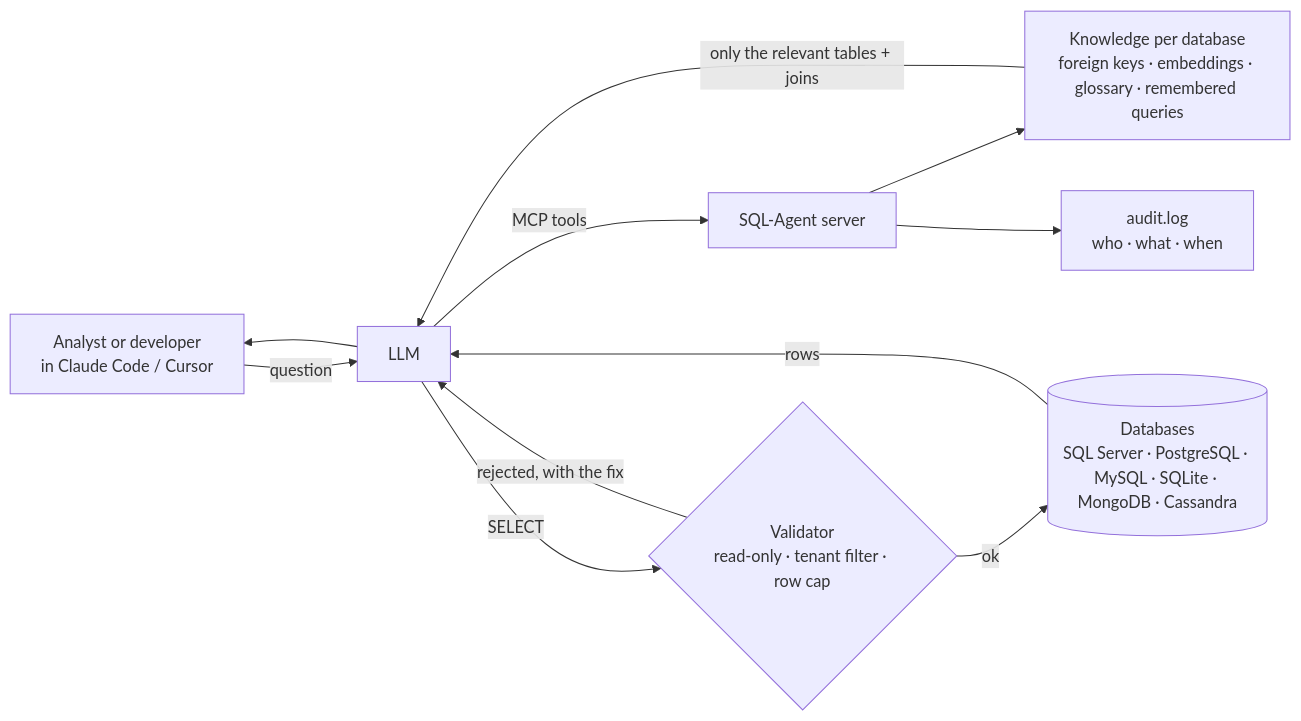
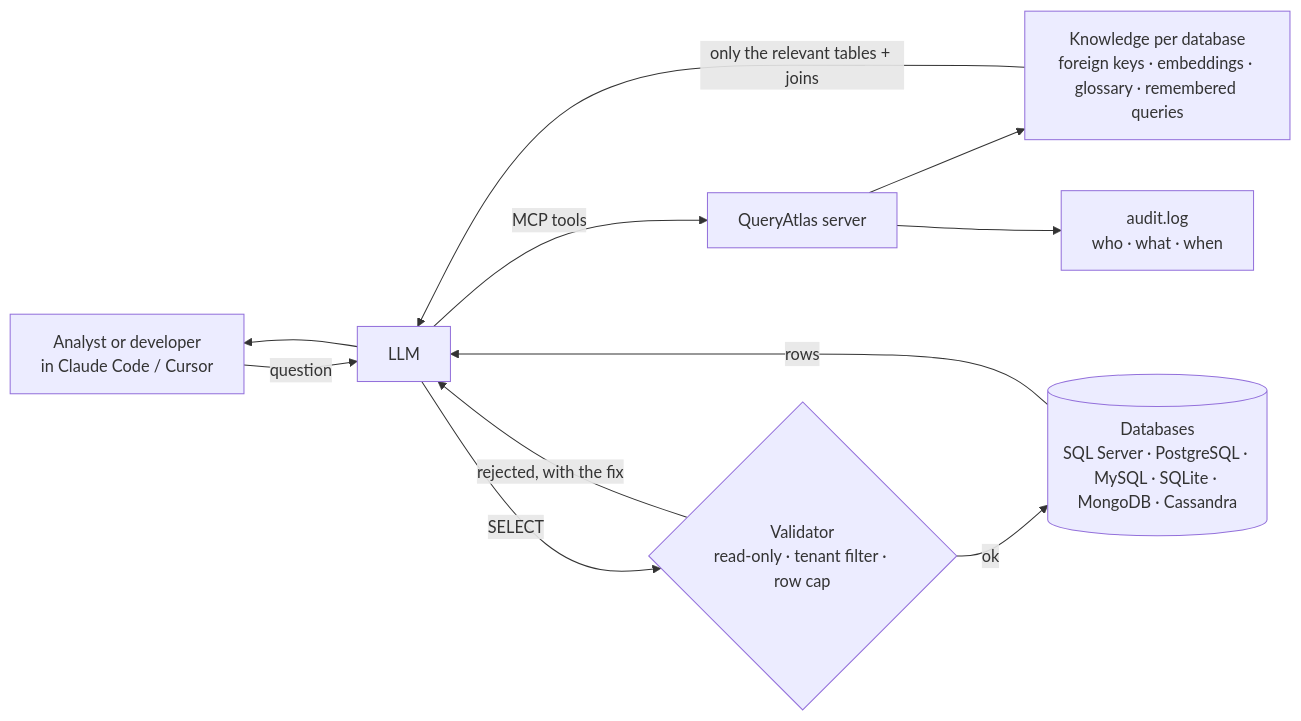
One commit to Machi2130/QueryAtlas changed the diagram in README.md. Above: the diagram before and after it, drawn with Mermaid. The commit also changed other lines of this file and 13 other files, not shown here.

First line of the commit message:
Rename the product to QueryAtlas

````diff
--- a/README.md
+++ b/README.md
@@ -45,12 +45,12 @@
 ```mermaid
 flowchart LR
     U[Analyst or developer<br/>in Claude Code / Cursor] -->|question| M[LLM]
-    M -->|MCP tools| S[SQL-Agent server]
+    M -->|MCP tools| S[QueryAtlas server]
     S --> K[Knowledge per database<br/>foreign keys · embeddings · glossary · remembered queries]
     K -->|only the relevant tables + joins| M
     M -->|SELECT| V{Validator<br/>read-only · tenant filter · row cap}
     V -->|ok| D[(Databases<br/>SQL Server · PostgreSQL · MySQL · SQLite · MongoDB · Cassandra)]
     V -->|rejected, with the fix| M
     D -->|rows| M --> U
     S --> A[audit.log<br/>who · what · when]
 ```
````
